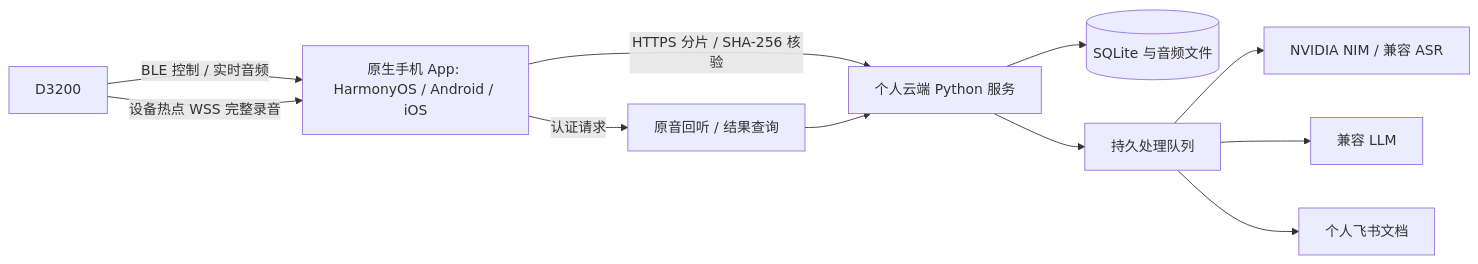
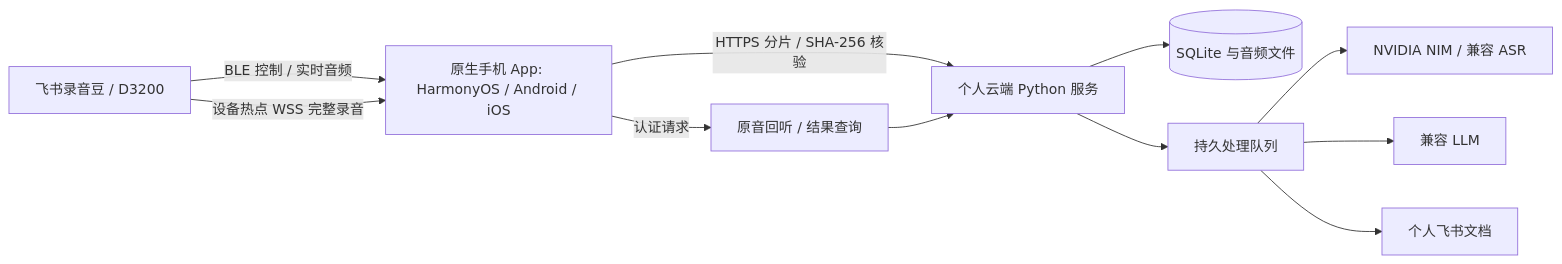
One commit to Eliqi797/open-feishu-recording-bean changed the diagram in docs/ARCHITECTURE.md. Above: the diagram before and after it, drawn with Mermaid. The commit also changed 15 other files, not shown here.

````diff
--- a/docs/ARCHITECTURE.md
+++ b/docs/ARCHITECTURE.md
@@ -3,13 +3,13 @@
 ```mermaid
 flowchart LR
-  D[D3200] -->|BLE 控制 / 实时音频| A[原生手机 App: HarmonyOS / Android / iOS]
+  D[飞书录音豆 / D3200] -->|BLE 控制 / 实时音频| A[原生手机 App: HarmonyOS / Android / iOS]
   D -->|设备热点 WSS 完整录音| A
   A -->|HTTPS 分片 / SHA-256 核验| S[个人云端 Python 服务]
   S --> DB[(SQLite 与音频文件)]
   S --> Q[持久处理队列]
   Q --> N[NVIDIA NIM / 兼容 ASR]
   Q --> L[兼容 LLM]
   Q --> F[个人飞书文档]
   A -->|认证请求| P[原音回听 / 结果查询]
   P --> S
 ```
````
